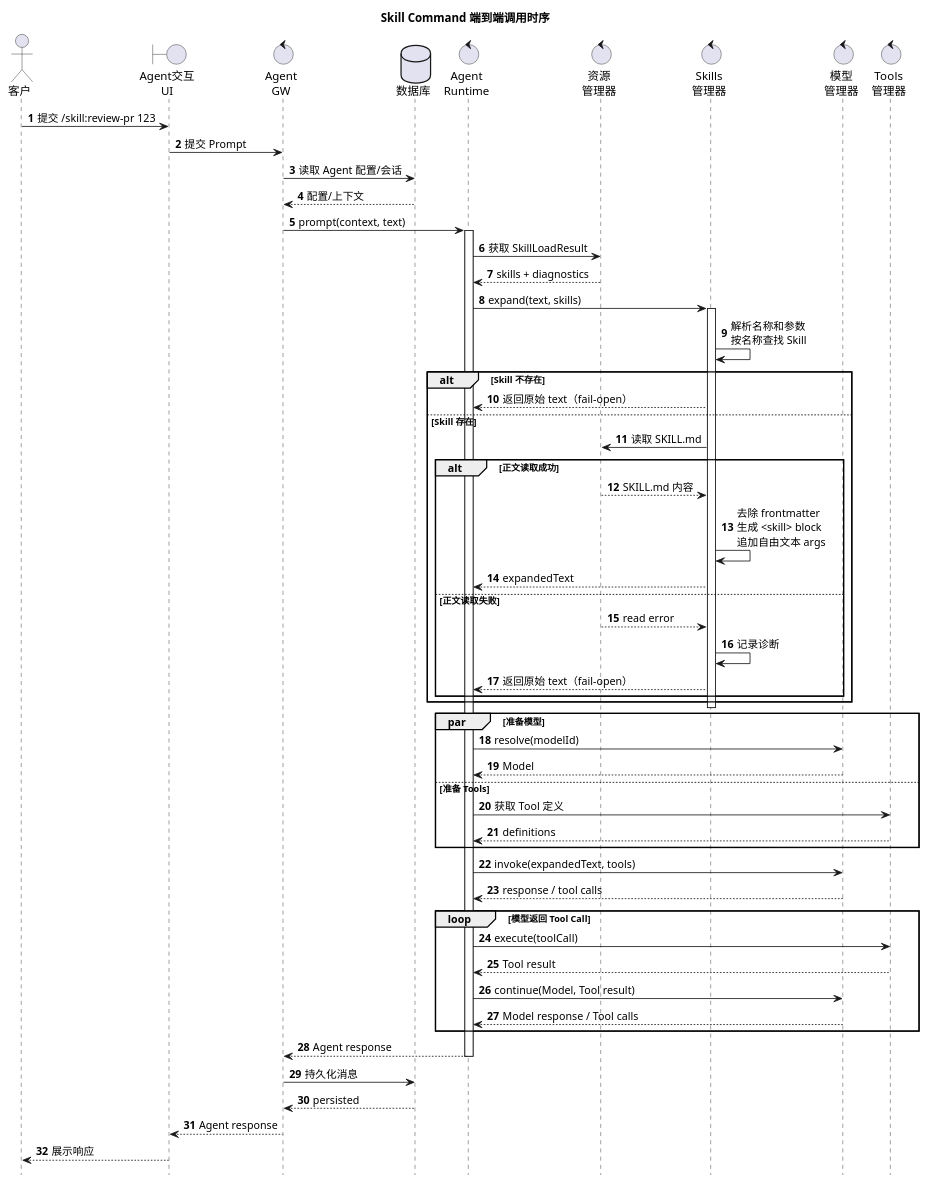
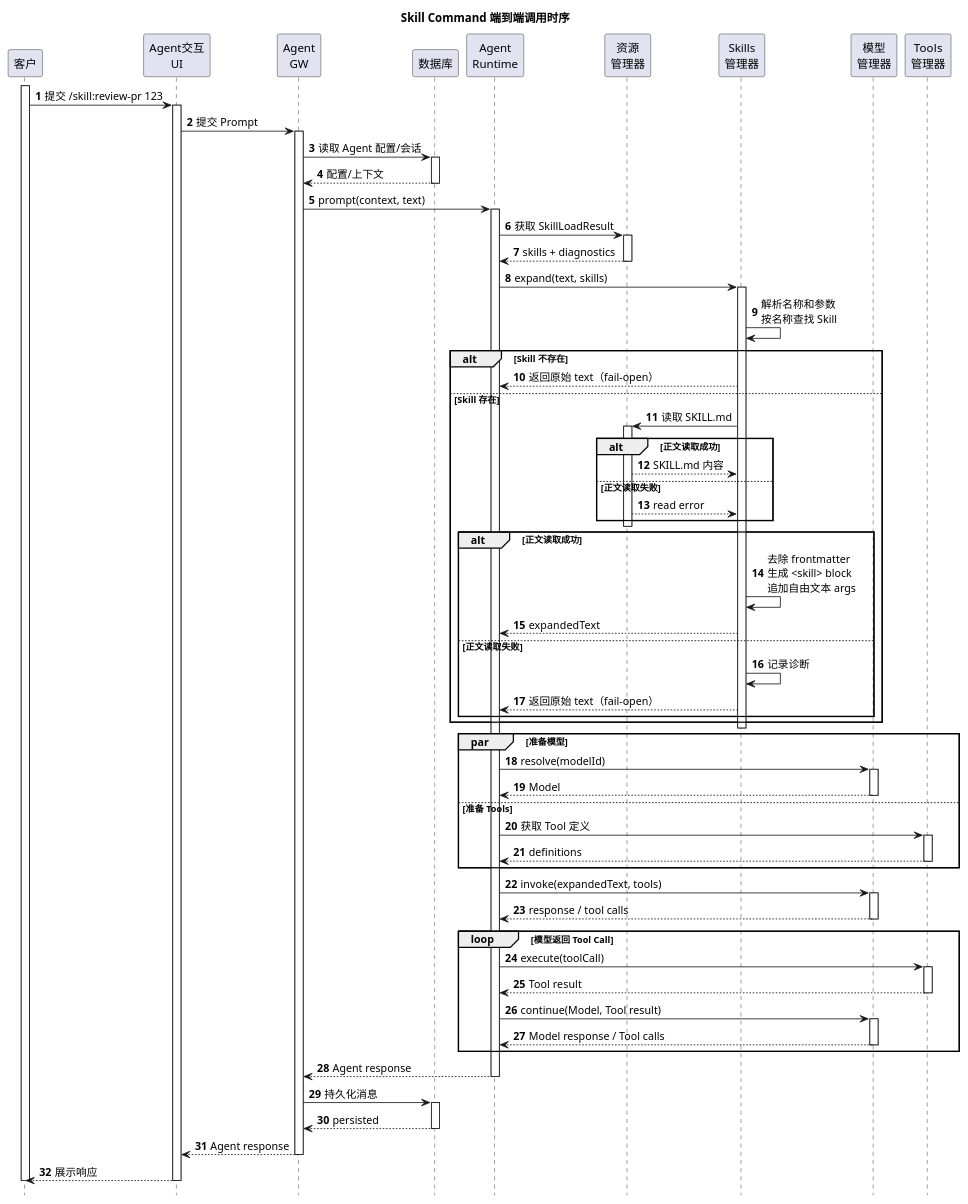
Before and after one commit to superheromeZzh/pi-mono-java-design: the eighth of 9 diagrams in pi-mono-java-skill-command-SR设计.md, drawn with PlantUML. The commit also changed other lines of this file and 2 other files, not shown here.

Commit message:
docs: standardize PlantUML activations

````diff
--- a/pi-mono-java-skill-command-SR设计.md
+++ b/pi-mono-java-skill-command-SR设计.md
@@ -783,25 +785,32 @@
 hide footbox
 autonumber
 
-actor "客户" as Client
-boundary "Agent交互\nUI" as UI
-control "Agent\nGW" as Gateway
-database "数据库" as Database
-control "Agent\nRuntime" as Runtime
-control "资源\n管理器" as ResourceManager
-control "Skills\n管理器" as SkillsManager
-control "模型\n管理器" as ModelManager
-control "Tools\n管理器" as ToolsManager
+participant "客户" as Client
+participant "Agent交互\nUI" as UI
+participant "Agent\nGW" as Gateway
+participant "数据库" as Database
+participant "Agent\nRuntime" as Runtime
+participant "资源\n管理器" as ResourceManager
+participant "Skills\n管理器" as SkillsManager
+participant "模型\n管理器" as ModelManager
+participant "Tools\n管理器" as ToolsManager
 
+activate Client
 Client -> UI: 提交 /skill:review-pr 123
+activate UI
 UI -> Gateway: 提交 Prompt
+activate Gateway
 Gateway -> Database: 读取 Agent 配置/会话
+activate Database
 Database --> Gateway: 配置/上下文
+deactivate Database
 Gateway -> Runtime: prompt(context, text)
 activate Runtime
 
 Runtime -> ResourceManager: 获取 SkillLoadResult
+activate ResourceManager
 ResourceManager --> Runtime: skills + diagnostics
+deactivate ResourceManager
 Runtime -> SkillsManager: expand(text, skills)
 activate SkillsManager
 SkillsManager -> SkillsManager: 解析名称和参数\n按名称查找 Skill
@@ -810,12 +819,18 @@
     SkillsManager --> Runtime: 返回原始 text（fail-open）
 else Skill 存在
     SkillsManager -> ResourceManager: 读取 SKILL.md
+    activate ResourceManager
     alt 正文读取成功
         ResourceManager --> SkillsManager: SKILL.md 内容
+    else 正文读取失败
+        ResourceManager --> SkillsManager: read error
+    end
+    deactivate ResourceManager
+
+    alt 正文读取成功
         SkillsManager -> SkillsManager: 去除 frontmatter\n生成 <skill> block\n追加自由文本 args
         SkillsManager --> Runtime: expandedText
     else 正文读取失败
-        ResourceManager --> SkillsManager: read error
         SkillsManager -> SkillsManager: 记录诊断
         SkillsManager --> Runtime: 返回原始 text（fail-open）
     end
@@ -824,27 +839,42 @@
 
 par 准备模型
     Runtime -> ModelManager: resolve(modelId)
+    activate ModelManager
     ModelManager --> Runtime: Model
+    deactivate ModelManager
 else 准备 Tools
     Runtime -> ToolsManager: 获取 Tool 定义
+    activate ToolsManager
     ToolsManager --> Runtime: definitions
+    deactivate ToolsManager
 end
 
 Runtime -> ModelManager: invoke(expandedText, tools)
+activate ModelManager
 ModelManager --> Runtime: response / tool calls
+deactivate ModelManager
 
 loop 模型返回 Tool Call
     Runtime -> ToolsManager: execute(toolCall)
+    activate ToolsManager
     ToolsManager --> Runtime: Tool result
+    deactivate ToolsManager
     Runtime -> ModelManager: continue(Model, Tool result)
+    activate ModelManager
     ModelManager --> Runtime: Model response / Tool calls
+    deactivate ModelManager
 end
 
 Runtime --> Gateway: Agent response
 deactivate Runtime
 Gateway -> Database: 持久化消息
+activate Database
 Database --> Gateway: persisted
+deactivate Database
 Gateway --> UI: Agent response
+deactivate Gateway
 UI --> Client: 展示响应
+deactivate UI
+deactivate Client
 @enduml
 ```
````
